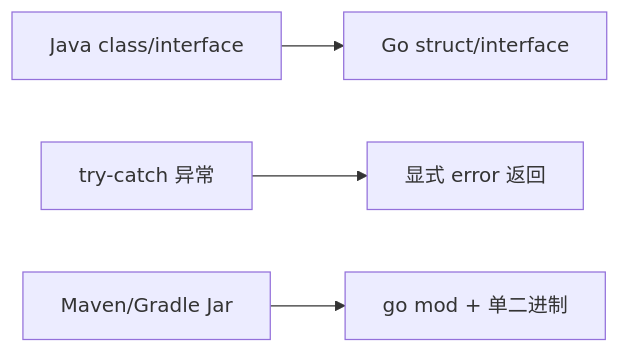
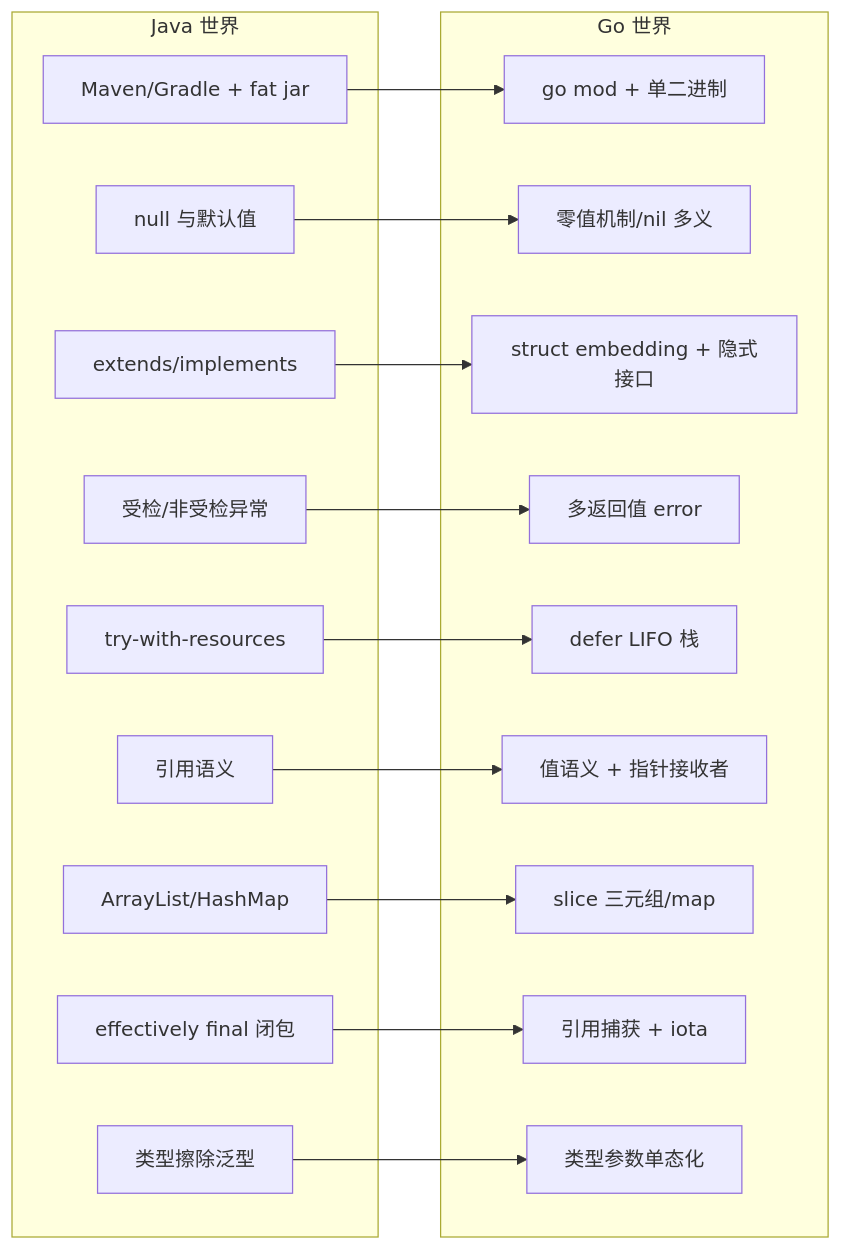
Before and after one commit to xiangganLuo/java-perspective-go-python-fullstack: the diagram in book/chapters/03-go-基础语法-与-java-的核心差异映射.md, drawn with Mermaid. The commit also changed other lines of this file and 17 other files, not shown here.

````diff
--- a/book/chapters/03-go-基础语法-与-java-的核心差异映射.md
+++ b/book/chapters/03-go-基础语法-与-java-的核心差异映射.md
@@ -17,6 +19,34 @@
 ```mermaid
 flowchart LR
-  JavaClass[Java class/interface] --> GoStruct[Go struct/interface]
-  JavaException[try-catch 异常] --> GoError[显式 error 返回]
-  JavaJar[Maven/Gradle Jar] --> GoBin[go mod + 单二进制]
+  subgraph Java 世界
+    JMaven[Maven/Gradle + fat jar]
+    JNull[null 与默认值]
+    JExtends[extends/implements]
+    JExc[受检/非受检异常]
+    JFinally[try-with-resources]
+    JRef[引用语义]
+    JColl[ArrayList/HashMap]
+    JEffFinal[effectively final 闭包]
+    JGenerics[类型擦除泛型]
+  end
+  subgraph Go 世界
+    GMod[go mod + 单二进制]
+    GZero[零值机制/nil 多义]
+    GEmbed[struct embedding + 隐式接口]
+    GErr[多返回值 error]
+    GDefer[defer LIFO 栈]
+    GPtr[值语义 + 指针接收者]
+    GSlice[slice 三元组/map]
+    GClosure[引用捕获 + iota]
+    GGenerics[类型参数单态化]
+  end
+  JMaven --> GMod
+  JNull --> GZero
+  JExtends --> GEmbed
+  JExc --> GErr
+  JFinally --> GDefer
+  JRef --> GPtr
+  JColl --> GSlice
+  JEffFinal --> GClosure
+  JGenerics --> GGenerics
 ```
````
